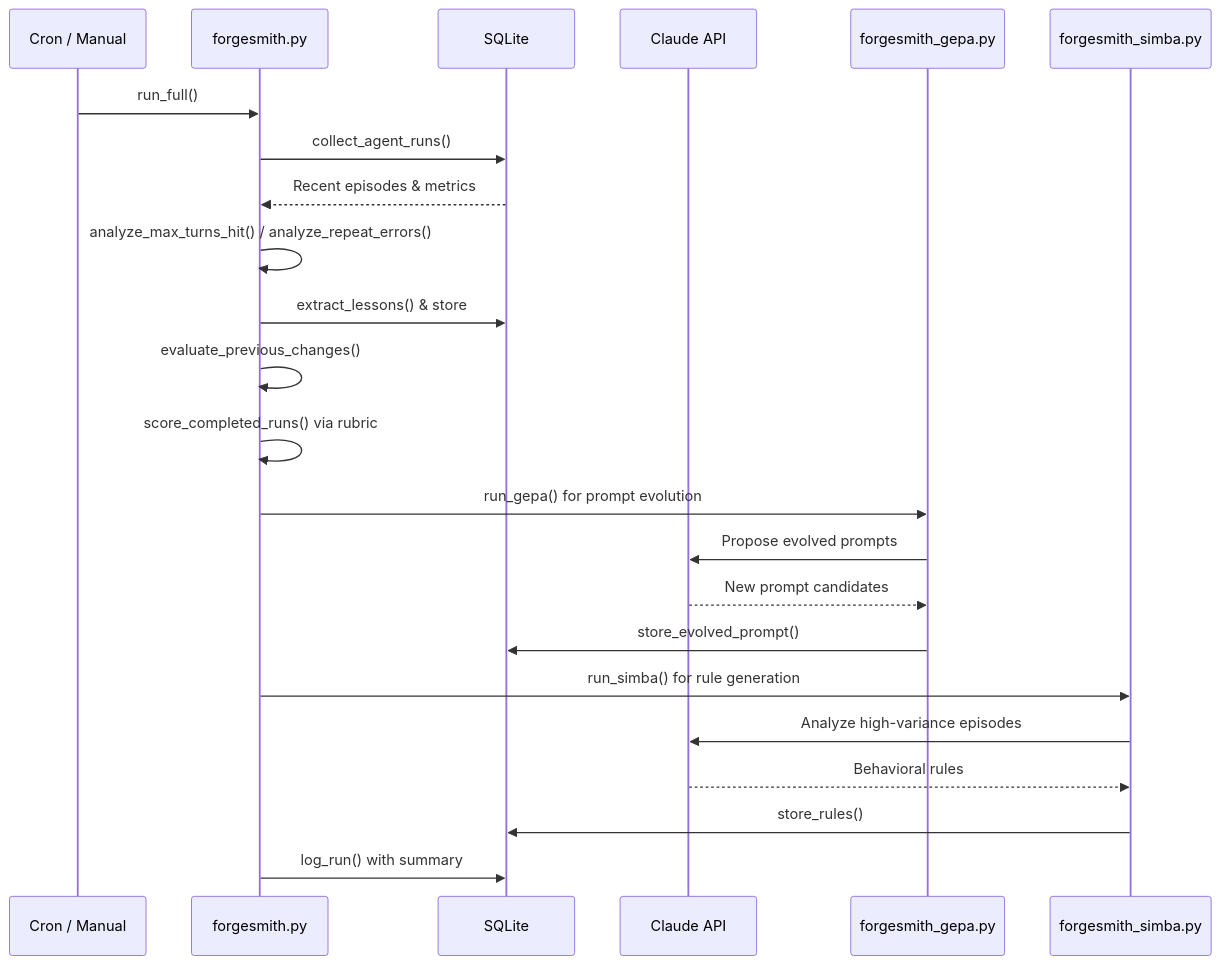
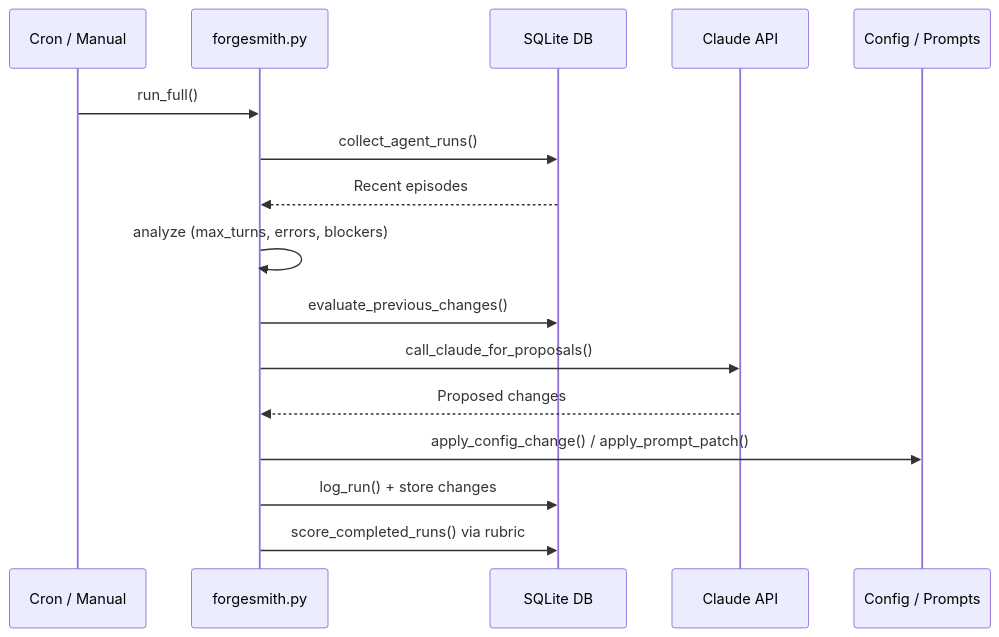
Before and after one commit to sbknana/project-pombal: the third of 4 diagrams in docs/ARCHITECTURE.md, drawn with Mermaid. The commit also changed other lines of this file and 8 other files, not shown here.

````diff
--- a/docs/ARCHITECTURE.md
+++ b/docs/ARCHITECTURE.md
@@ -96,26 +110,19 @@
 ```mermaid
 sequenceDiagram
     participant Cron as Cron / Manual
     participant FS as forgesmith.py
-    participant DB as SQLite
+    participant DB as SQLite DB
     participant Claude as Claude API
-    participant GEPA as forgesmith_gepa.py
-    participant SIMBA as forgesmith_simba.py
+    participant Files as Config / Prompts
 
     Cron->>FS: run_full()
     FS->>DB: collect_agent_runs()
-    DB-->>FS: Recent episodes & metrics
-    FS->>FS: analyze_max_turns_hit() / analyze_repeat_errors()
-    FS->>DB: extract_lessons() & store
-    FS->>FS: evaluate_previous_changes()
-    FS->>FS: score_completed_runs() via rubric
-    FS->>GEPA: run_gepa() for prompt evolution
-    GEPA->>Claude: Propose evolved prompts
-    Claude-->>GEPA: New prompt candidates
-    GEPA->>DB: store_evolved_prompt()
-    FS->>SIMBA: run_simba() for rule generation
-    SIMBA->>Claude: Analyze high-variance episodes
-    Claude-->>SIMBA: Behavioral rules
-    SIMBA->>DB: store_rules()
-    FS->>DB: log_run() with summary
+    DB-->>FS: Recent episodes
+    FS->>FS: analyze (max_turns, errors, blockers)
+    FS->>DB: evaluate_previous_changes()
+    FS->>Claude: call_claude_for_proposals()
+    Claude-->>FS: Proposed changes
+    FS->>Files: apply_config_change() / apply_prompt_patch()
+    FS->>DB: log_run() + store changes
+    FS->>DB: score_completed_runs() via rubric
 ```
````
